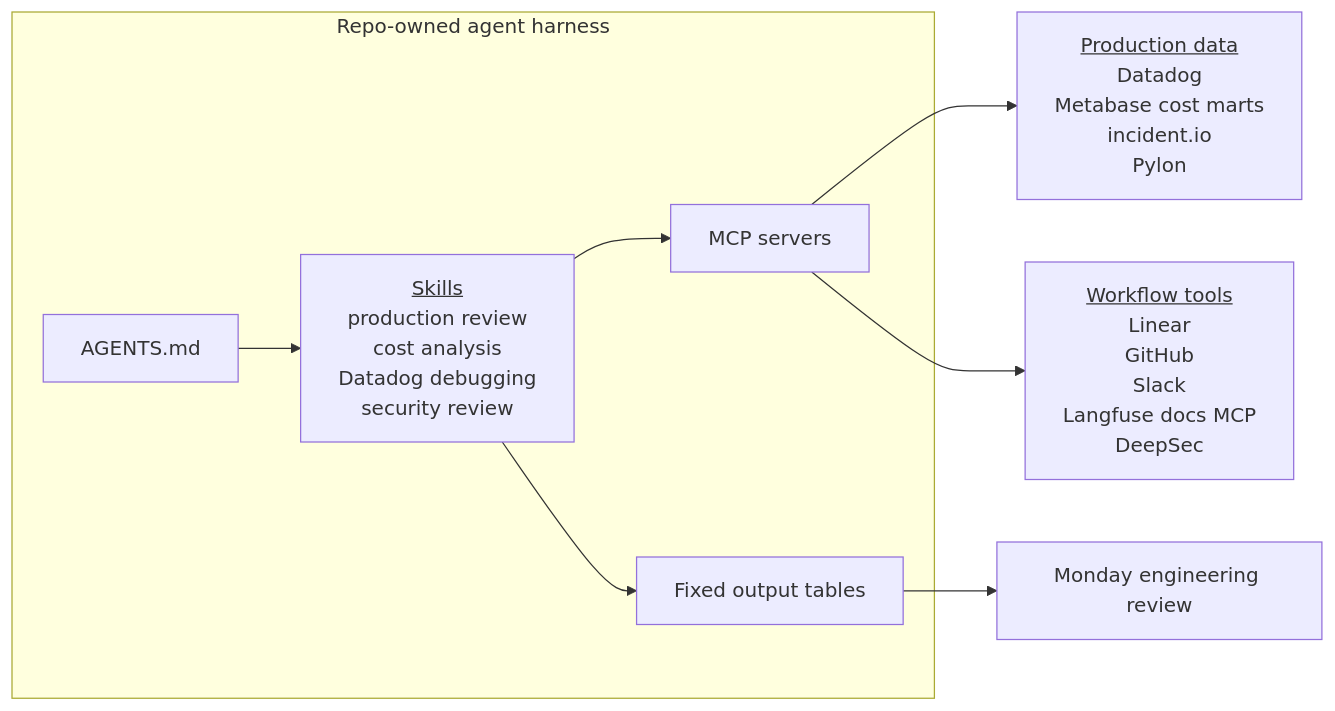
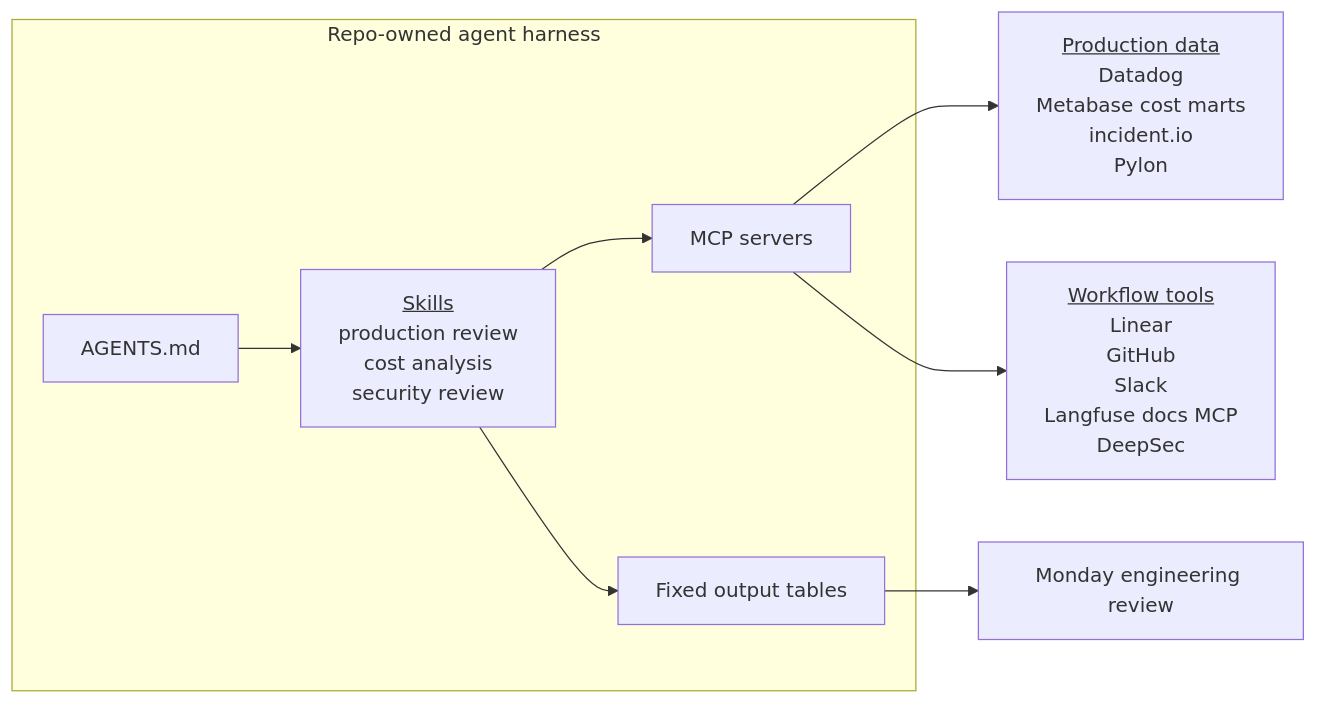
Before and after one commit to langfuse/langfuse-docs: the diagram in content/blog/2026-06-05-agentic-setup-for-operational-work.mdx, drawn with Mermaid. The commit also changed other lines of this file, not shown here.

````diff
--- a/content/blog/2026-06-05-agentic-setup-for-operational-work.mdx
+++ b/content/blog/2026-06-05-agentic-setup-for-operational-work.mdx
@@ -57,20 +56,20 @@
 ```mermaid
 flowchart LR
   subgraph Harness["Repo-owned agent harness"]
     Router["AGENTS.md"]
-    Skills["<u>Skills</u><br/>production review<br/>cost analysis<br/>Datadog debugging<br/>security review"]
+    Skills["<u>Skills</u><br/>production review<br/>cost analysis<br/>security review"]
     MCP["MCP servers"]
     Tables["Fixed output tables"]
     Router --> Skills
     Skills --> MCP
     Skills --> Tables
   end
 
   Prod["<u>Production data</u><br/>Datadog<br/>Metabase cost marts<br/>incident.io<br/>Pylon<br/>"]
   Work["<u>Workflow tools</u><br/>Linear<br/>GitHub<br/>Slack<br/>Langfuse docs MCP<br/>DeepSec"]
   Review["Monday engineering review"]
 
   MCP --> Prod
   MCP --> Work
   Tables --> Review
 ```
````
